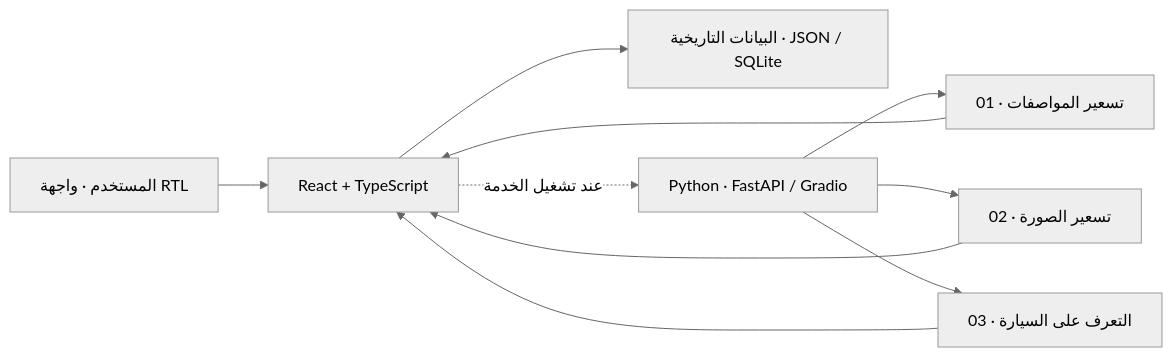
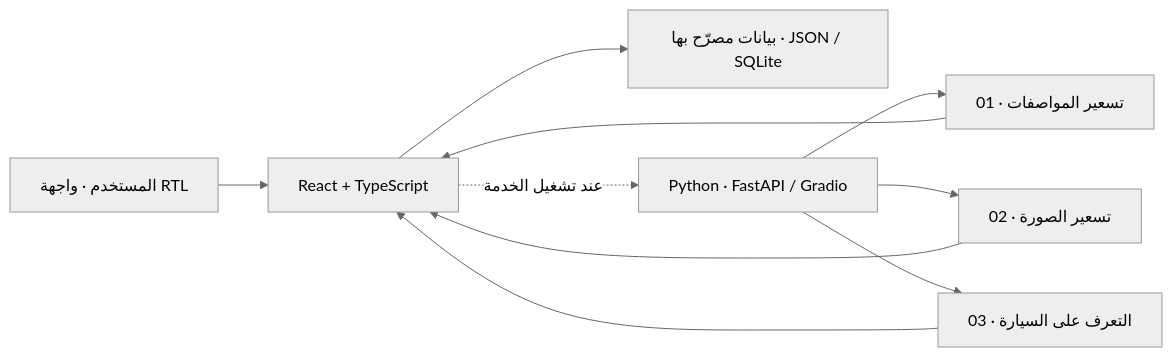
The diagram in README.md (rayan-alqahtani/saer), drawn with Mermaid (neutral theme) before and after one commit. The commit also changed other lines of this file and 7 other files, not shown here.

````diff
--- a/README.md
+++ b/README.md
@@ -191,12 +149,12 @@
 ```mermaid
 flowchart LR
     A["المستخدم · واجهة RTL"] --> B["React + TypeScript"]
-    B --> C["البيانات التاريخية · JSON / SQLite"]
+    B --> C["بيانات مصرّح بها · JSON / SQLite"]
     B -. "عند تشغيل الخدمة" .-> D["Python · FastAPI / Gradio"]
     D --> E["01 · تسعير المواصفات"]
     D --> F["02 · تسعير الصورة"]
     D --> G["03 · التعرف على السيارة"]
     E --> B
     F --> B
     G --> B
 ```
````
